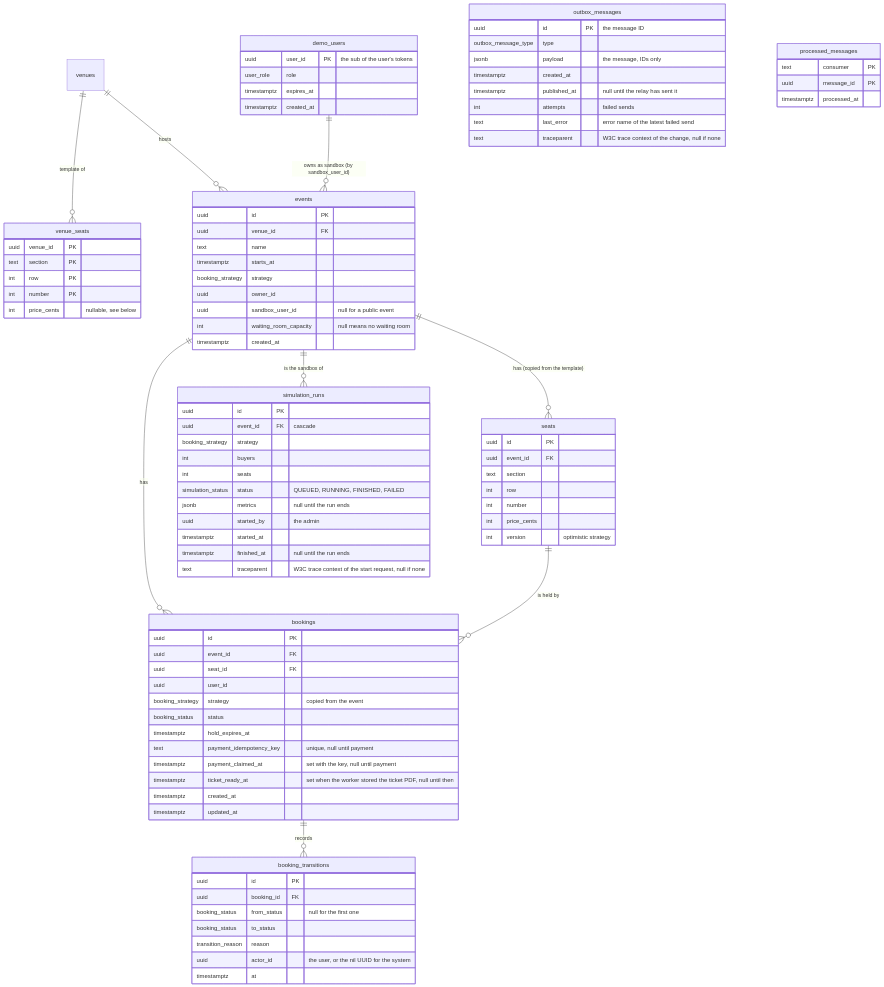
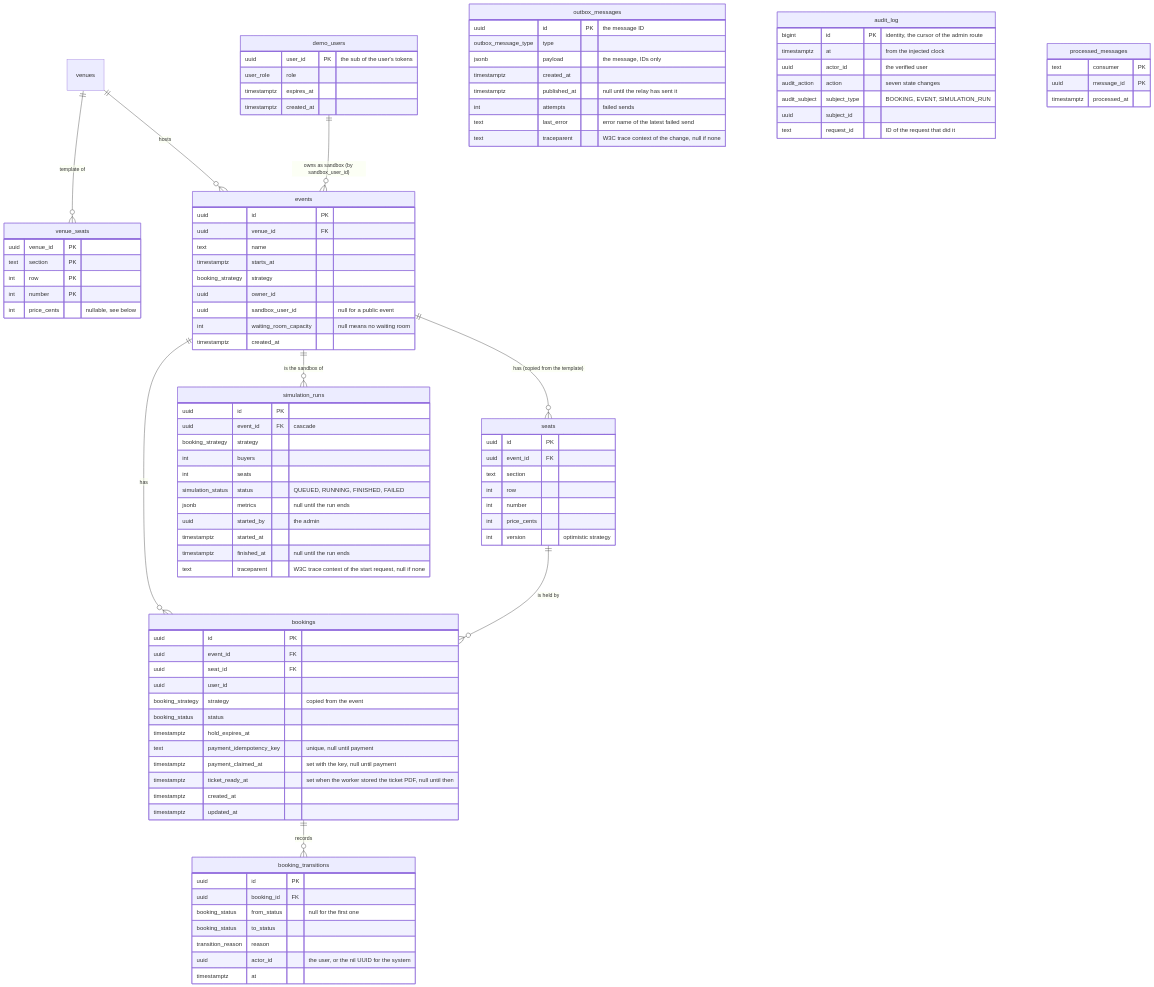
Before and after one commit to oguzbits/ticketmaster: the first of 2 diagrams in docs/data-model.md, drawn with Mermaid. The commit also changed other lines of this file and 12 other files, not shown here.

First line of the commit message:
feat(audit): audit_log table and record in the caller's transaction

```diff
--- a/docs/data-model.md
+++ b/docs/data-model.md
@@ -97,6 +97,15 @@
         text last_error "error name of the latest failed send"
         text traceparent "W3C trace context of the change, null if none"
     }
+    audit_log {
+        bigint id PK "identity, the cursor of the admin route"
+        timestamptz at "from the injected clock"
+        uuid actor_id "the verified user"
+        audit_action action "seven state changes"
+        audit_subject subject_type "BOOKING, EVENT, SIMULATION_RUN"
+        uuid subject_id
+        text request_id "ID of the request that did it"
+    }
     processed_messages {
         text consumer PK
         uuid message_id PK
```
